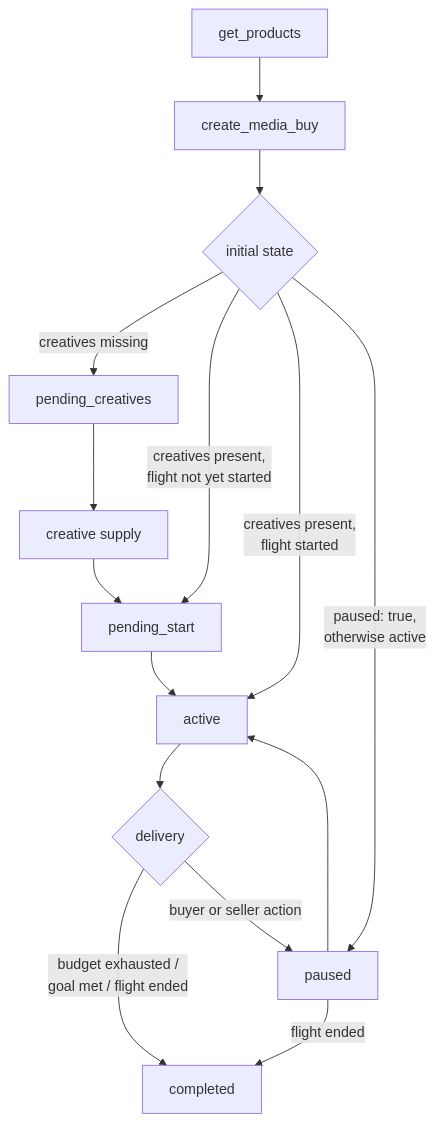
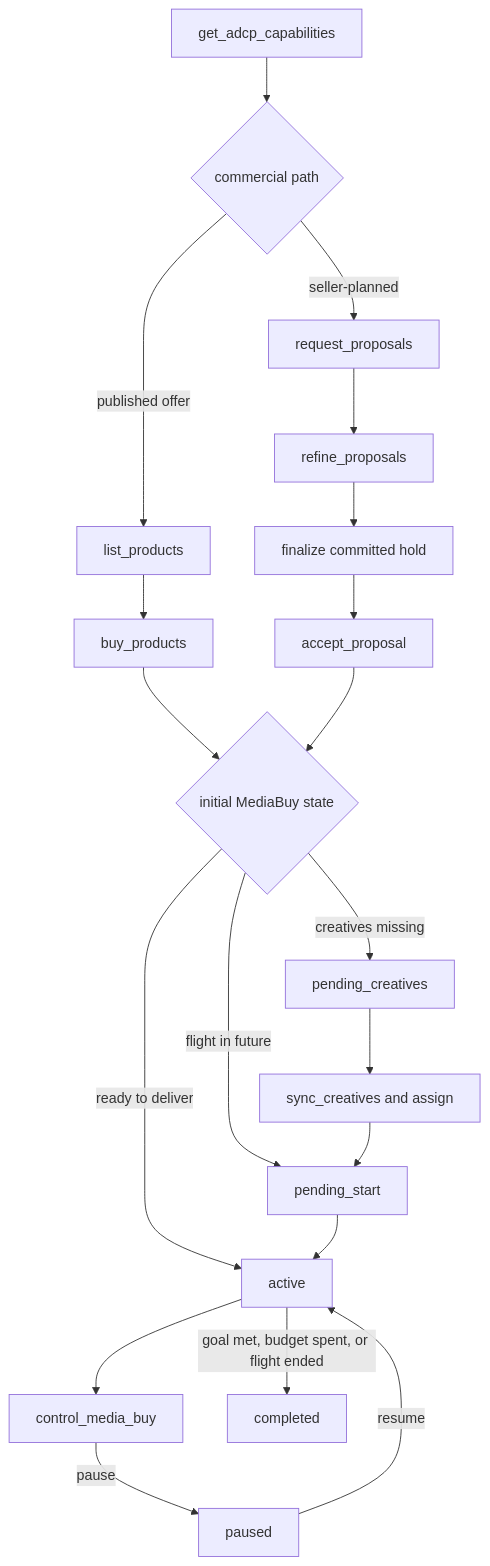
Before and after one commit to adcontextprotocol/adcp: the first of 3 diagrams in docs/media-buy/media-buys/lifecycle.mdx, drawn with Mermaid. The commit also changed other lines of this file and 10 other files, not shown here.

````diff
--- a/docs/media-buy/media-buys/lifecycle.mdx
+++ b/docs/media-buy/media-buys/lifecycle.mdx
@@ -13,17 +14,22 @@
 ```mermaid
 flowchart TD
-    A[get_products] --> B[create_media_buy]
-    B --> C{initial state}
-    C -->|creatives missing| D[pending_creatives]
-    C -->|creatives present,\nflight not yet started| E[pending_start]
-    C -->|creatives present,\nflight started| F[active]
-    C -->|paused: true,\notherwise active| J[paused]
-    D --> G[creative supply]
-    G --> E
+    C[get_adcp_capabilities] --> P{commercial path}
+    P -->|published offer| L[list_products]
+    L --> B[buy_products]
+    P -->|seller-planned| R[request_proposals]
+    R --> V[refine_proposals]
+    V --> H[finalize committed hold]
+    H --> A[accept_proposal]
+    B --> M{initial MediaBuy state}
+    A --> M
+    M -->|creatives missing| D[pending_creatives]
+    M -->|flight in future| E[pending_start]
+    M -->|ready to deliver| F[active]
+    D --> S[sync_creatives and assign]
+    S --> E
     E --> F
-    F --> H{delivery}
-    H -->|budget exhausted /\ngoal met / flight ended| I[completed]
-    H -->|buyer or seller action| J[paused]
-    J --> F
-    J -->|flight ended| I
+    F --> O[control_media_buy]
+    O -->|pause| J[paused]
+    J -->|resume| F
+    F -->|goal met, budget spent, or flight ended| I[completed]
 ```
````
